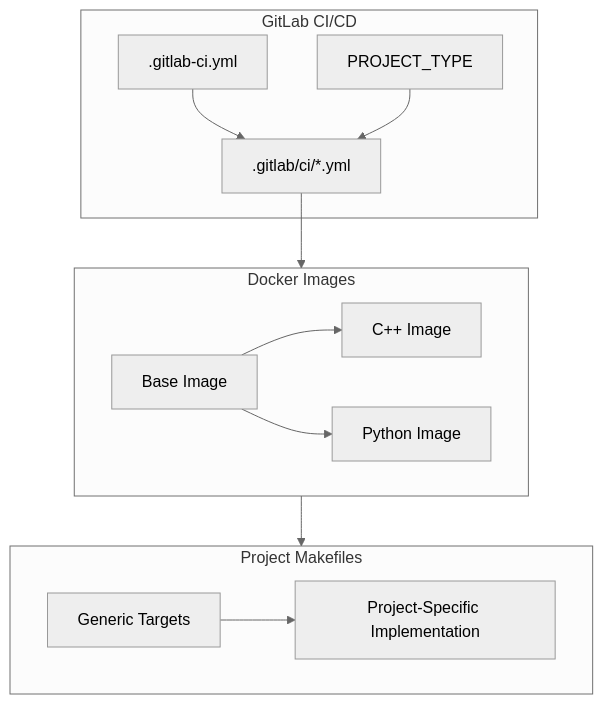
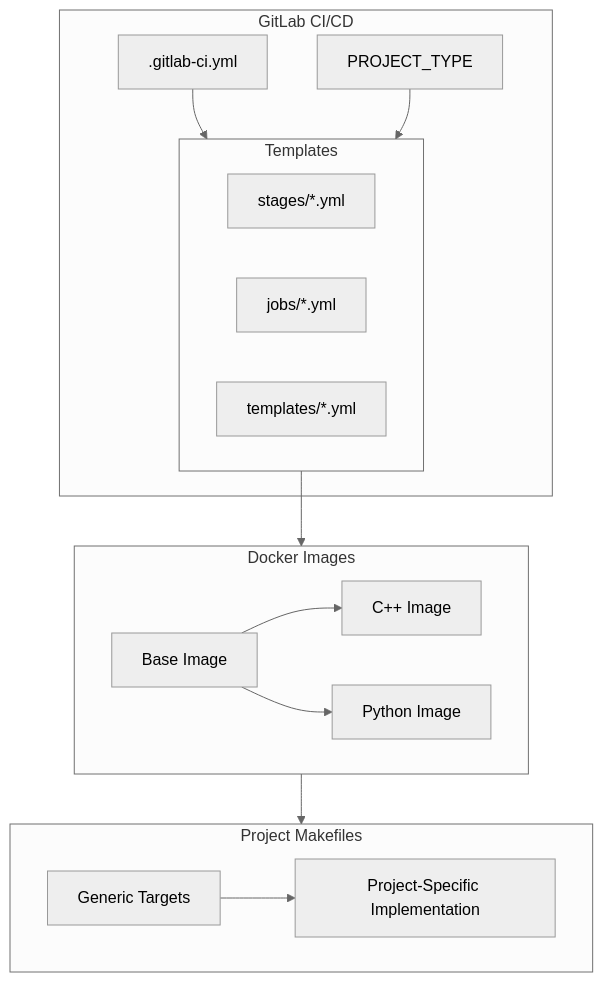
Before and after one commit to jlheater/test-project-123456: the second of 7 diagrams in memory-bank/systemPatterns.md, drawn with Mermaid (neutral theme). The commit also changed other lines of this file and 9 other files, not shown here.

````diff
--- a/memory-bank/systemPatterns.md
+++ b/memory-bank/systemPatterns.md
@@ -50,30 +48,36 @@
 ```mermaid
 flowchart TD
     subgraph CI["GitLab CI/CD"]
         Base[".gitlab-ci.yml"]
-        Templates[".gitlab/ci/*.yml"]
+        Templates[".gitlab/ci/"]
         Config["PROJECT_TYPE"]
+        
+        subgraph Templates
+            Stages["stages/*.yml"]
+            Jobs["jobs/*.yml"]
+            Common["templates/*.yml"]
+        end
         
         Base --> Templates
         Config --> Templates
     end
 
     subgraph Docker["Docker Images"]
         BaseImg["Base Image"]
         CPPImg["C++ Image"]
         PyImg["Python Image"]
         
         BaseImg --> CPPImg
         BaseImg --> PyImg
     end
 
     subgraph Make["Project Makefiles"]
         Generic["Generic Targets"]
         Impl["Project-Specific Implementation"]
         
         Generic --> Impl
     end
 
     Templates --> Docker
     Docker --> Make
 ```
````
